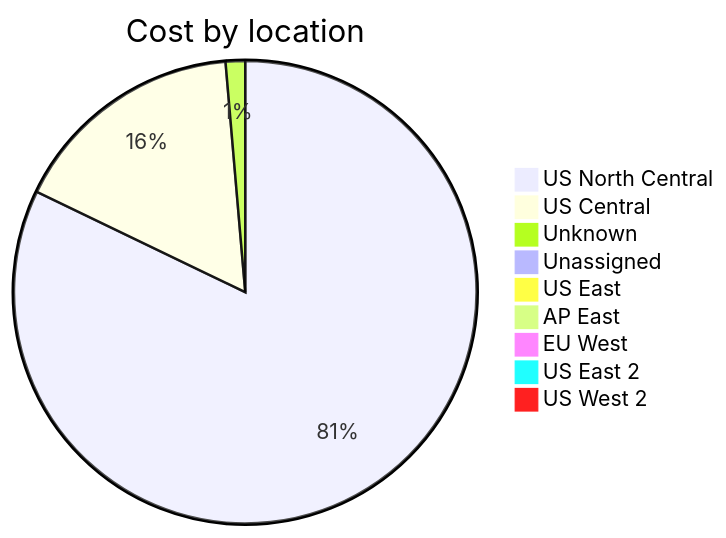
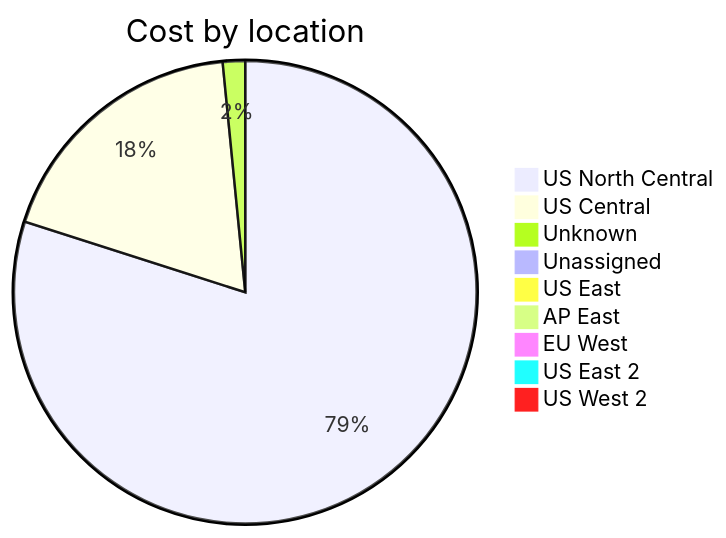
One commit to jpfulton/azure-personal-reports changed the third of 4 diagrams in cost-reports/accumulated-cost.md. Above: the diagram before and after it, drawn with Mermaid. The commit also changed other lines of this file and 4 other files, not shown here.

````diff
--- a/cost-reports/accumulated-cost.md
+++ b/cost-reports/accumulated-cost.md
@@ -131,13 +131,13 @@
 ```mermaid
 pie
    title Cost by location
-   "US North Central" : 5.43
-   "US Central" : 1.09
-   "Unknown" : 0.09
-   "Unassigned" : 0.06
-   "US East" : 0.02
+   "US North Central" : 7.17
+   "US Central" : 1.66
+   "Unknown" : 0.14
+   "Unassigned" : 0.09
+   "US East" : 0.03
    "AP East" : 0.00
    "EU West" : 0.00
    "US East 2" : 0.00
    "US West 2" : 0.00
 ```
````
